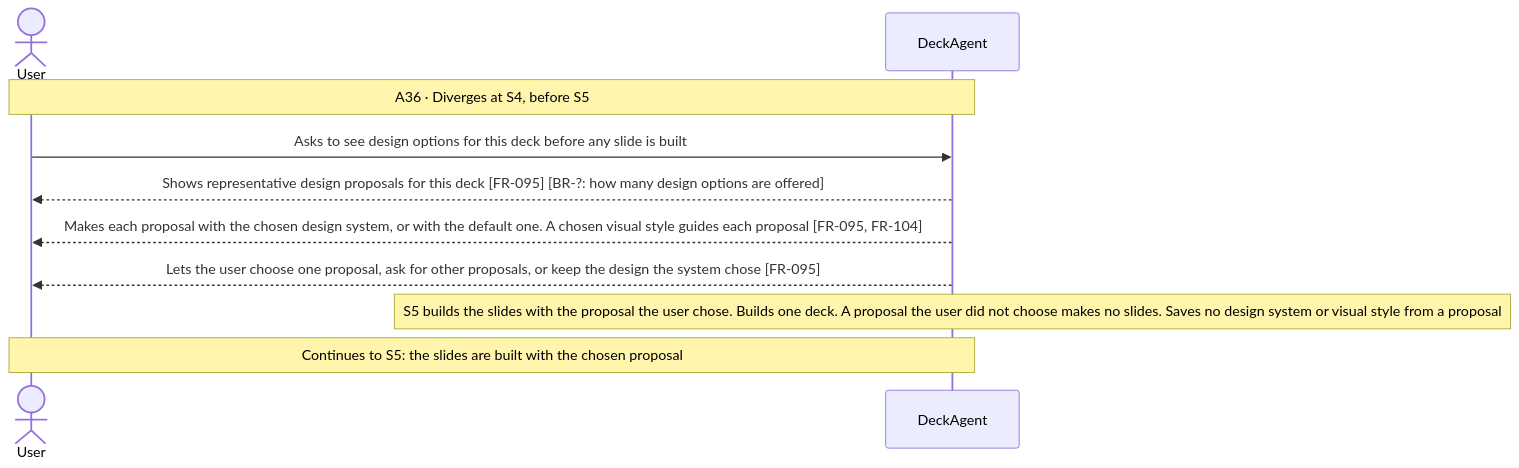
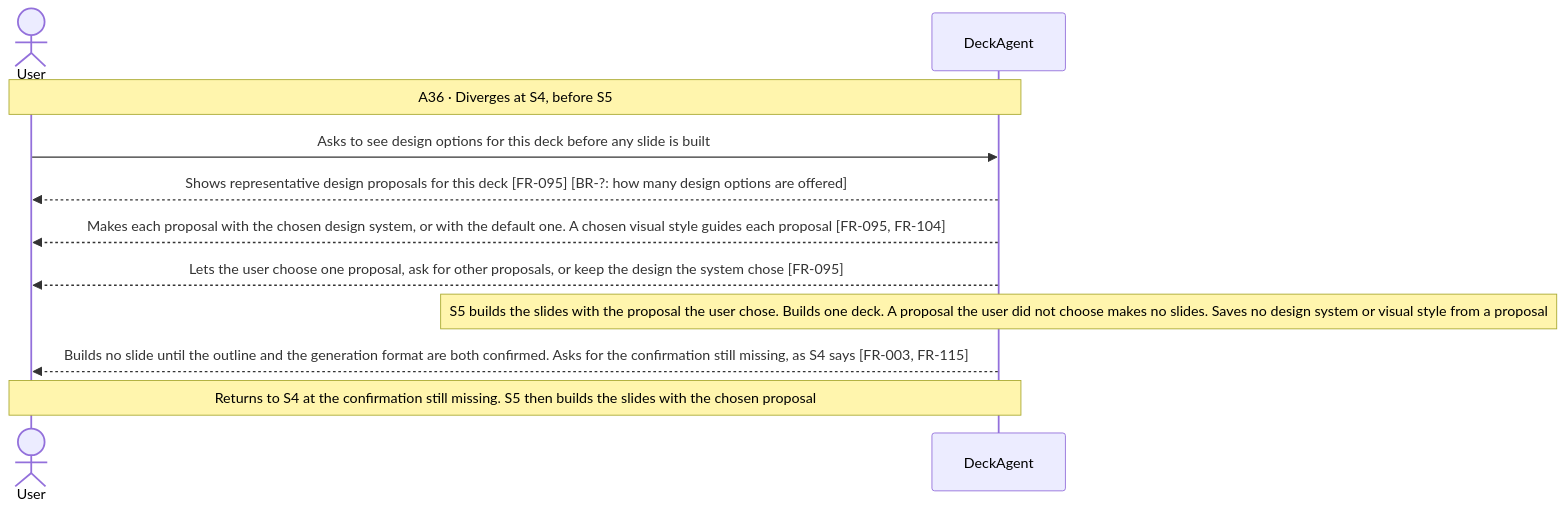
Before and after one commit to Luke23127006/DeckAgent: diagram 20 of 32 in docs/spec/03-use-cases/UC-001.md, drawn with Mermaid. The commit also changed other lines of this file and 6 other files, not shown here.

````diff
--- a/docs/spec/03-use-cases/UC-001.md
+++ b/docs/spec/03-use-cases/UC-001.md
@@ -361,12 +362,13 @@
 ```mermaid
 sequenceDiagram
     actor User
     participant DeckAgent
     Note over User,DeckAgent: A36 · Diverges at S4, before S5
     User->>DeckAgent: Asks to see design options for this deck before any slide is built
     DeckAgent-->>User: Shows representative design proposals for this deck [FR-095] [BR-?: how many design options are offered]
     DeckAgent-->>User: Makes each proposal with the chosen design system, or with the default one. A chosen visual style guides each proposal [FR-095, FR-104]
     DeckAgent-->>User: Lets the user choose one proposal, ask for other proposals, or keep the design the system chose [FR-095]
     note over DeckAgent: S5 builds the slides with the proposal the user chose. Builds one deck. A proposal the user did not choose makes no slides. Saves no design system or visual style from a proposal
-    Note over User,DeckAgent: Continues to S5: the slides are built with the chosen proposal
+    DeckAgent-->>User: Builds no slide until the outline and the generation format are both confirmed. Asks for the confirmation still missing, as S4 says [FR-003, FR-115]
+    Note over User,DeckAgent: Returns to S4 at the confirmation still missing. S5 then builds the slides with the chosen proposal
 ```
````
